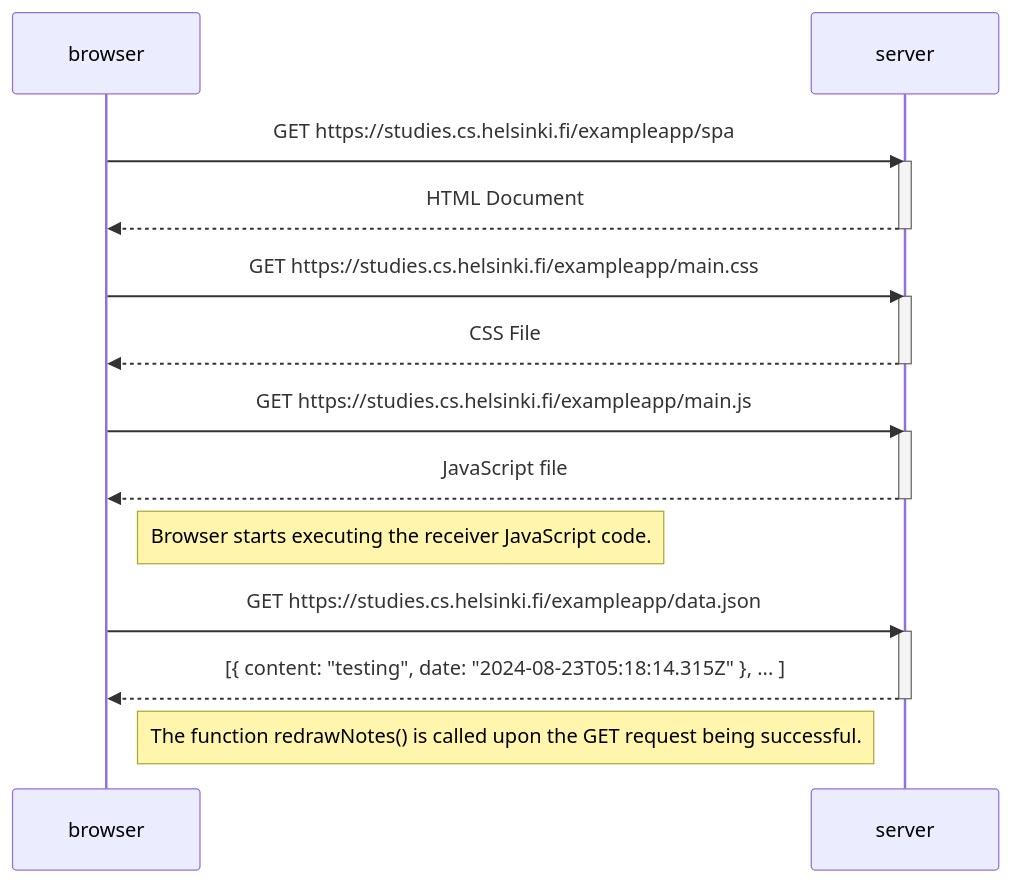
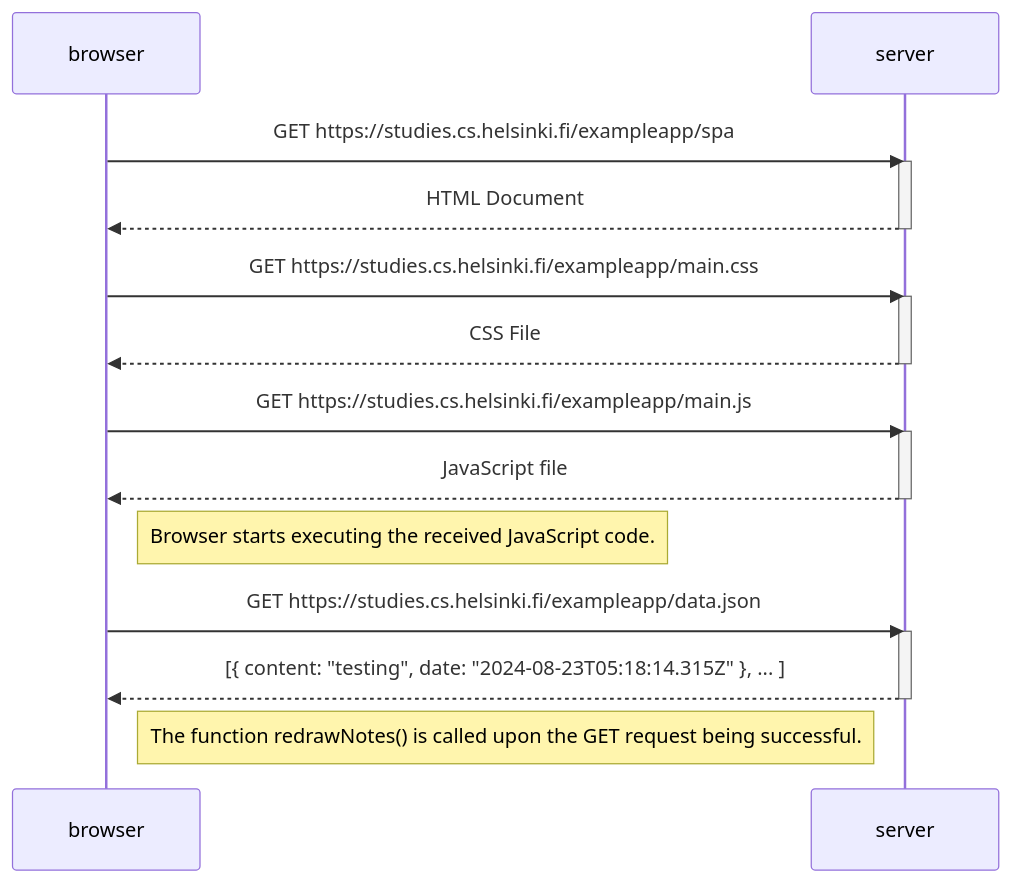
The diagram in ex0-5.md (Parsakaali93/FSO_Osa_0), drawn with Mermaid before and after one commit. The commit also changed 1 other file, not shown here.

Commit message:
more clarifications and typo fix

````diff
--- a/ex0-5.md
+++ b/ex0-5.md
@@ -1,29 +1,29 @@
 ```mermaid
 sequenceDiagram
     participant browser
     participant server
 
     browser->>server: GET https://studies.cs.helsinki.fi/exampleapp/spa
     activate server
     server-->>browser: HTML Document
     deactivate server
 
     browser->>server: GET https://studies.cs.helsinki.fi/exampleapp/main.css
     activate server
     server-->>browser: CSS File
     deactivate server
 
     browser->>server: GET https://studies.cs.helsinki.fi/exampleapp/main.js
     activate server
     server-->>browser: JavaScript file
     deactivate server
 	
-    Note right of browser: Browser starts executing the receiver JavaScript code.
+    Note right of browser: Browser starts executing the received JavaScript code.
 
     browser->>server: GET https://studies.cs.helsinki.fi/exampleapp/data.json
     activate server
     server-->>browser: [{ content: "testing", date: "2024-08-23T05:18:14.315Z" }, ... ]
     deactivate server
 
     Note right of browser: The function redrawNotes() is called upon the GET request being successful.
 ```
````
